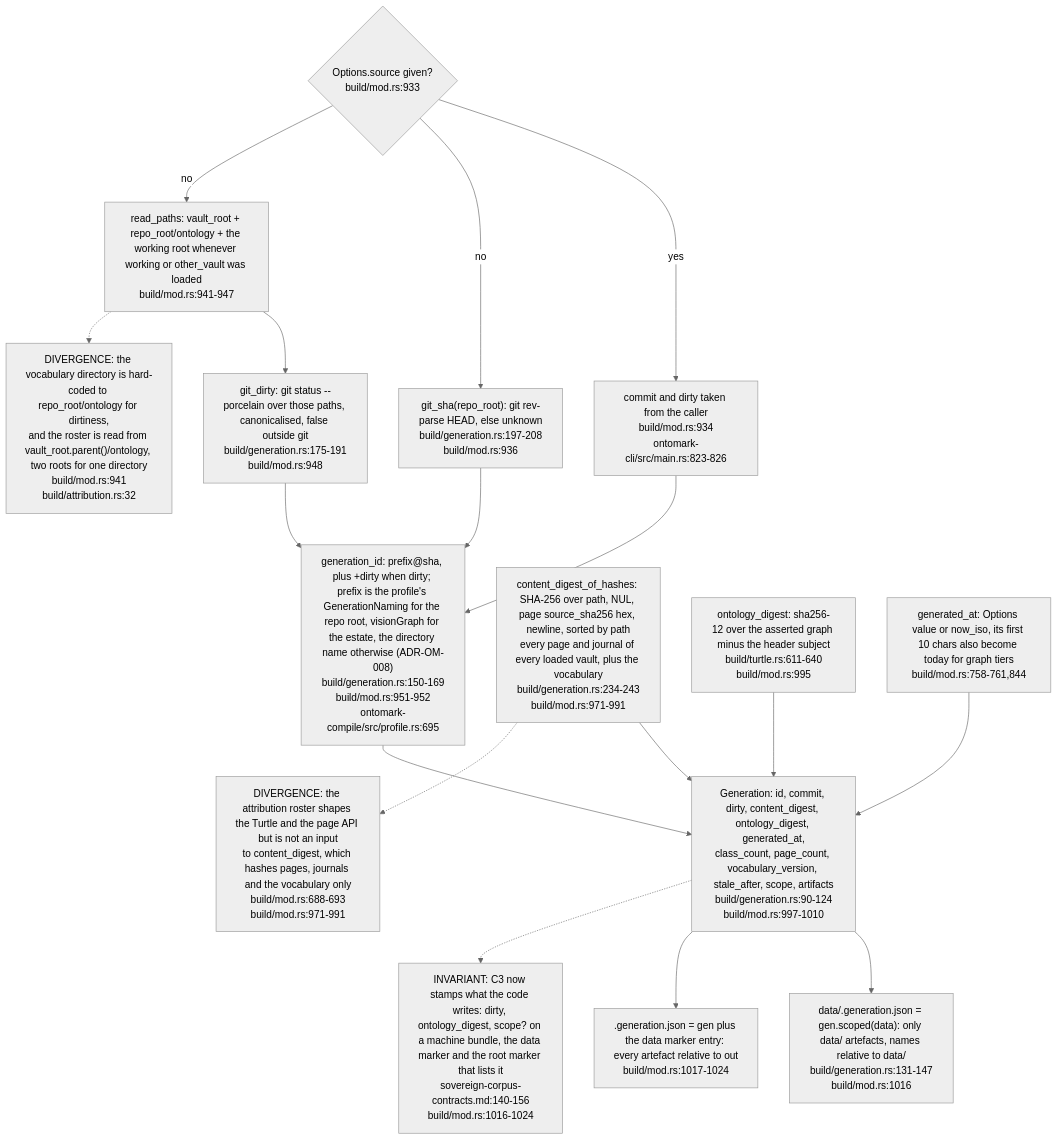
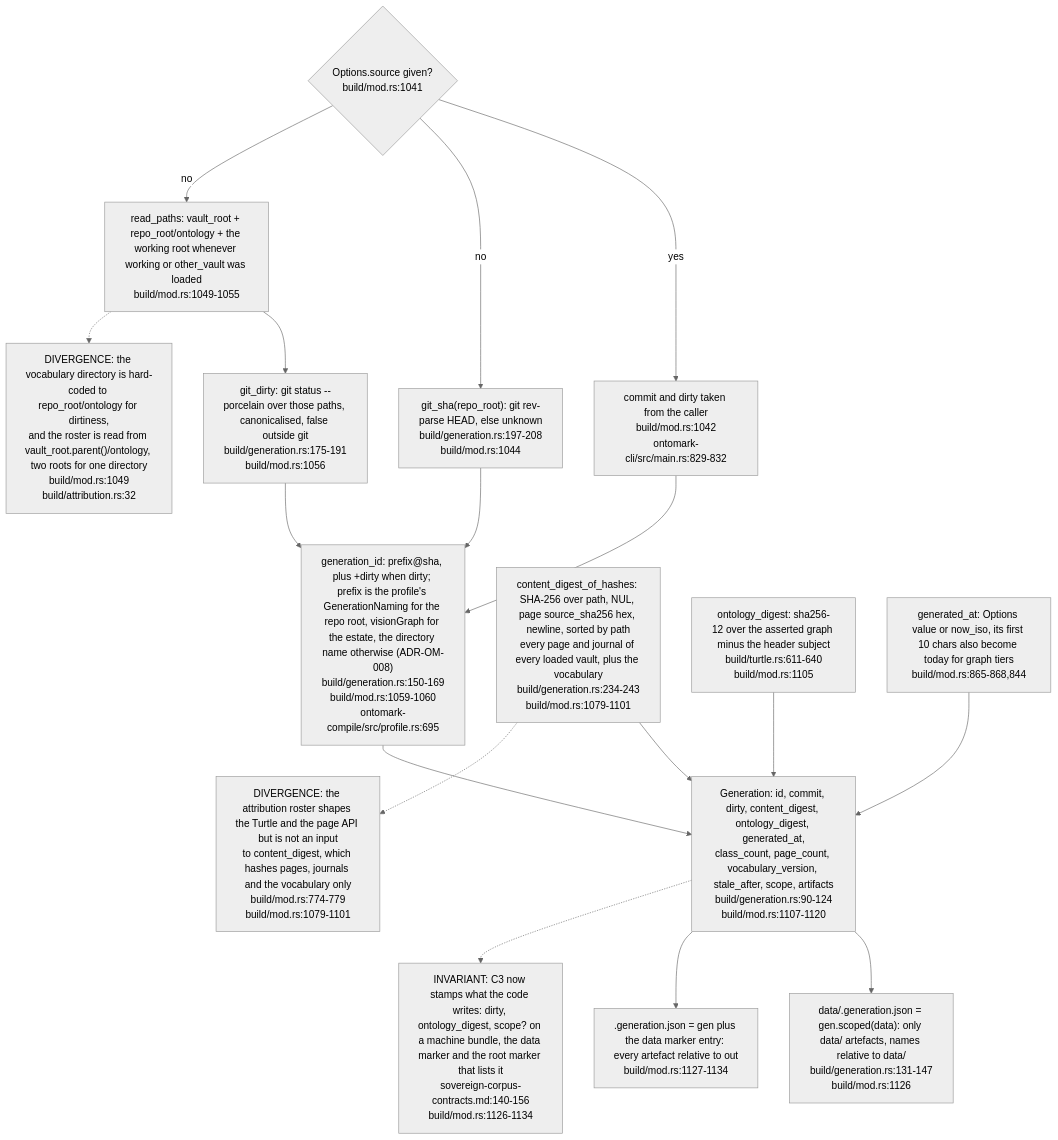
Before and after one commit to DreamLab-AI/VisionFlow: the sixth of 8 diagrams in docs/diagrams/ontomark/03-build-run-gates-staging-and-generation.md, drawn with Mermaid (neutral theme). The commit also changed other lines of this file and 59 other files, not shown here.

First line of the commit message:
docs(diagrams): re-derive and re-stamp forum, website, pod, ontomark and sealmap topics

````diff
--- a/docs/diagrams/ontomark/03-build-run-gates-staging-and-generation.md
+++ b/docs/diagrams/ontomark/03-build-run-gates-staging-and-generation.md
@@ -229,30 +229,30 @@
 ```mermaid
 flowchart TD
-    SRC{"Options.source given?<br/>build/mod.rs:933"}
-    GIVEN["commit and dirty taken from the caller<br/>build/mod.rs:934<br/>ontomark-cli/src/main.rs:823-826"]
-    SHA["git_sha(repo_root): git rev-parse HEAD, else unknown<br/>build/generation.rs:197-208<br/>build/mod.rs:936"]
-    PATHS["read_paths: vault_root + repo_root/ontology + the working root whenever working or other_vault was loaded<br/>build/mod.rs:941-947"]
-    DIRTY["git_dirty: git status --porcelain over those paths, canonicalised, false outside git<br/>build/generation.rs:175-191<br/>build/mod.rs:948"]
-    ID["generation_id: prefix@sha, plus +dirty when dirty; prefix is the profile's GenerationNaming for the repo root, visionGraph for the estate, the directory name otherwise (ADR-OM-008)<br/>build/generation.rs:150-169<br/>build/mod.rs:951-952<br/>ontomark-compile/src/profile.rs:695"]
-    CD["content_digest_of_hashes: SHA-256 over path, NUL, page source_sha256 hex, newline, sorted by path<br/>every page and journal of every loaded vault, plus the vocabulary<br/>build/generation.rs:234-243<br/>build/mod.rs:971-991"]
-    OD["ontology_digest: sha256-12 over the asserted graph minus the header subject<br/>build/turtle.rs:611-640<br/>build/mod.rs:995"]
-    GEN["Generation: id, commit, dirty, content_digest, ontology_digest, generated_at,<br/>class_count, page_count, vocabulary_version, stale_after, scope, artifacts<br/>build/generation.rs:90-124<br/>build/mod.rs:997-1010"]
-    M1["data/.generation.json = gen.scoped(data): only data/ artefacts, names relative to data/<br/>build/generation.rs:131-147<br/>build/mod.rs:1016"]
-    M2[".generation.json = gen plus the data marker entry: every artefact relative to out<br/>build/mod.rs:1017-1024"]
-    GA["generated_at: Options value or now_iso, its first 10 chars also become today for graph tiers<br/>build/mod.rs:758-761,844"]
-    N1["DIVERGENCE: the attribution roster shapes the Turtle and the page API but is not an input<br/>to content_digest, which hashes pages, journals and the vocabulary only<br/>build/mod.rs:688-693<br/>build/mod.rs:971-991"]
-    N2["INVARIANT: C3 now stamps what the code writes: dirty, ontology_digest, scope? on a machine bundle, the data marker and the root marker that lists it<br/>sovereign-corpus-contracts.md:140-156<br/>build/mod.rs:1016-1024"]
-    N3["DIVERGENCE: the vocabulary directory is hard-coded to repo_root/ontology for dirtiness,<br/>and the roster is read from vault_root.parent()/ontology, two roots for one directory<br/>build/mod.rs:941<br/>build/attribution.rs:32"]
+    SRC{"Options.source given?<br/>build/mod.rs:1041"}
+    GIVEN["commit and dirty taken from the caller<br/>build/mod.rs:1042<br/>ontomark-cli/src/main.rs:829-832"]
+    SHA["git_sha(repo_root): git rev-parse HEAD, else unknown<br/>build/generation.rs:197-208<br/>build/mod.rs:1044"]
+    PATHS["read_paths: vault_root + repo_root/ontology + the working root whenever working or other_vault was loaded<br/>build/mod.rs:1049-1055"]
+    DIRTY["git_dirty: git status --porcelain over those paths, canonicalised, false outside git<br/>build/generation.rs:175-191<br/>build/mod.rs:1056"]
+    ID["generation_id: prefix@sha, plus +dirty when dirty; prefix is the profile's GenerationNaming for the repo root, visionGraph for the estate, the directory name otherwise (ADR-OM-008)<br/>build/generation.rs:150-169<br/>build/mod.rs:1059-1060<br/>ontomark-compile/src/profile.rs:695"]
+    CD["content_digest_of_hashes: SHA-256 over path, NUL, page source_sha256 hex, newline, sorted by path<br/>every page and journal of every loaded vault, plus the vocabulary<br/>build/generation.rs:234-243<br/>build/mod.rs:1079-1101"]
+    OD["ontology_digest: sha256-12 over the asserted graph minus the header subject<br/>build/turtle.rs:611-640<br/>build/mod.rs:1105"]
+    GEN["Generation: id, commit, dirty, content_digest, ontology_digest, generated_at,<br/>class_count, page_count, vocabulary_version, stale_after, scope, artifacts<br/>build/generation.rs:90-124<br/>build/mod.rs:1107-1120"]
+    M1["data/.generation.json = gen.scoped(data): only data/ artefacts, names relative to data/<br/>build/generation.rs:131-147<br/>build/mod.rs:1126"]
+    M2[".generation.json = gen plus the data marker entry: every artefact relative to out<br/>build/mod.rs:1127-1134"]
+    GA["generated_at: Options value or now_iso, its first 10 chars also become today for graph tiers<br/>build/mod.rs:865-868,844"]
+    N1["DIVERGENCE: the attribution roster shapes the Turtle and the page API but is not an input<br/>to content_digest, which hashes pages, journals and the vocabulary only<br/>build/mod.rs:774-779<br/>build/mod.rs:1079-1101"]
+    N2["INVARIANT: C3 now stamps what the code writes: dirty, ontology_digest, scope? on a machine bundle, the data marker and the root marker that lists it<br/>sovereign-corpus-contracts.md:140-156<br/>build/mod.rs:1126-1134"]
+    N3["DIVERGENCE: the vocabulary directory is hard-coded to repo_root/ontology for dirtiness,<br/>and the roster is read from vault_root.parent()/ontology, two roots for one directory<br/>build/mod.rs:1049<br/>build/attribution.rs:32"]
     SRC -- yes --> GIVEN --> ID
     SRC -- no --> SHA --> ID
     SRC -- no --> PATHS --> DIRTY --> ID
     ID --> GEN
     CD --> GEN
     OD --> GEN
     GA --> GEN
     GEN --> M1
     GEN --> M2
     CD -.-> N1
     GEN -.-> N2
     PATHS -.-> N3
 ```
````
